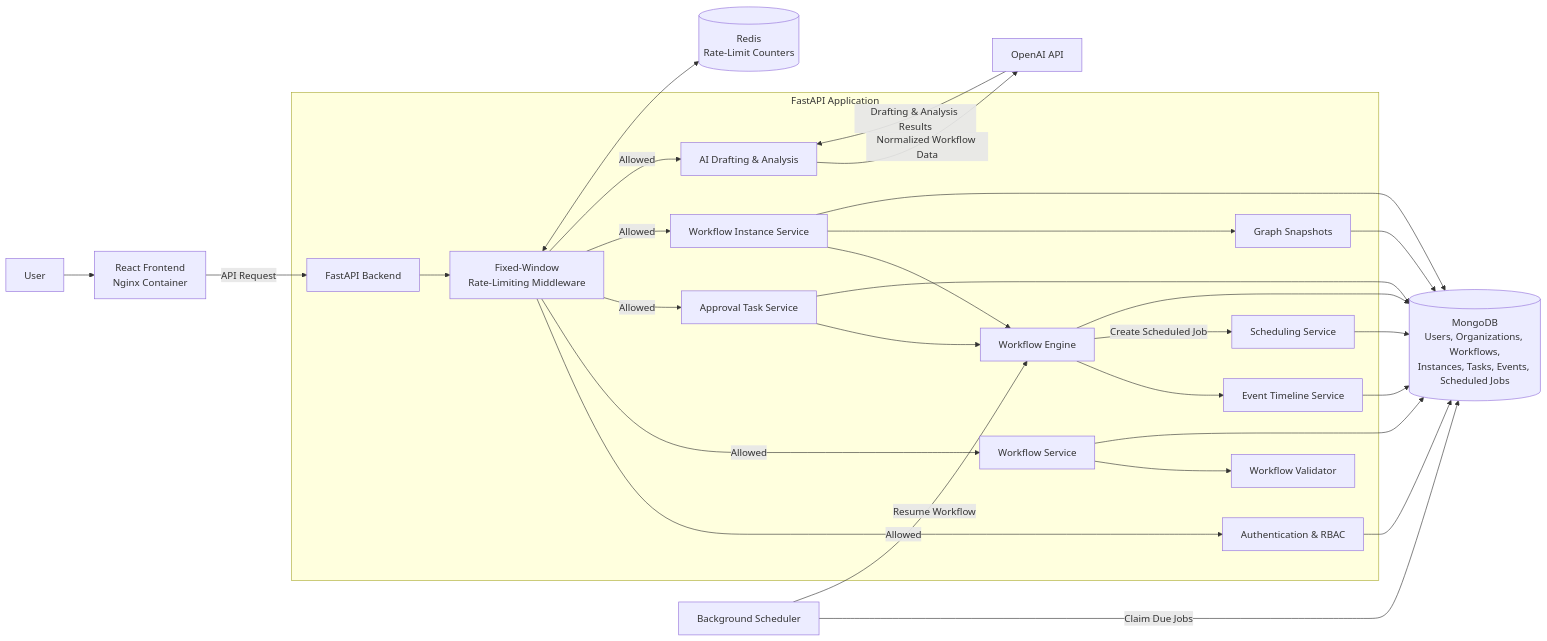
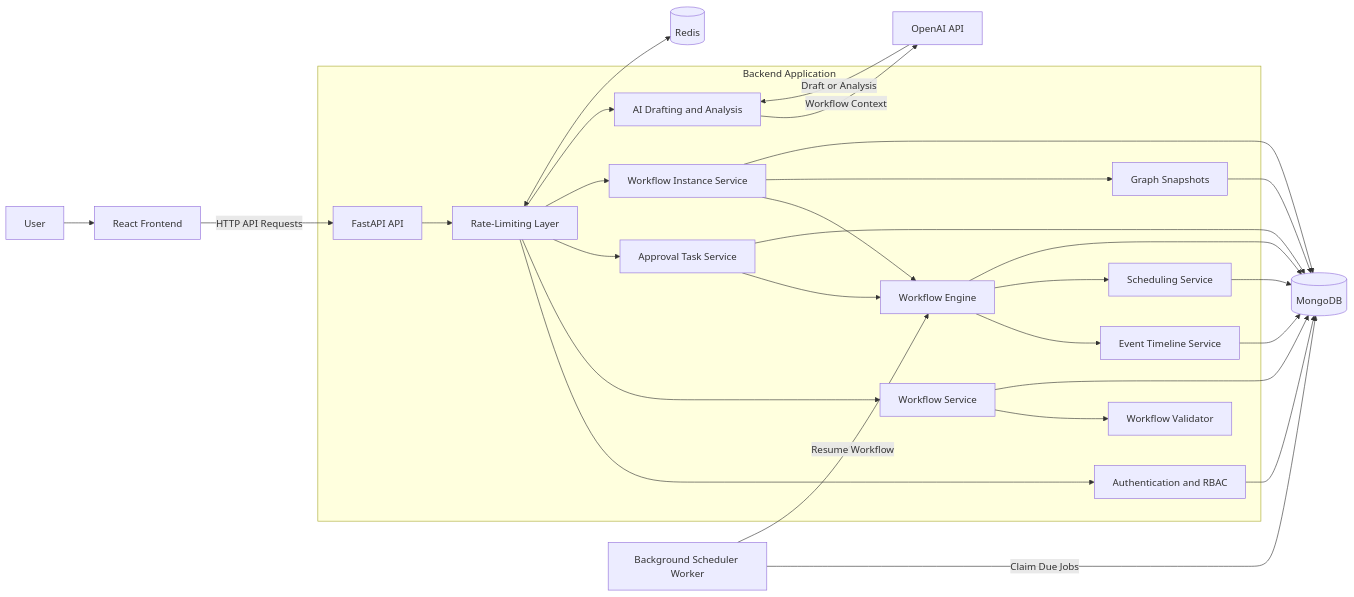
Before and after one commit to ErenKarakus1/AI-Assisted-Workflow-Builder: the diagram in README.md, drawn with Mermaid. The commit also changed other lines of this file, not shown here.

````diff
--- a/README.md
+++ b/README.md
@@ -117,44 +176,40 @@
 ```mermaid
 flowchart LR
-    User[User] --> Frontend[React Frontend<br/>Nginx Container]
-    Frontend -->|API Request| API[FastAPI Backend]
+    User[User] --> Frontend[React Frontend]
+    Frontend -->|HTTP API Requests| API[FastAPI API]
 
-    subgraph Application[FastAPI Application]
-        API --> RateLimit[Fixed-Window<br/>Rate-Limiting Middleware]
-
-        RateLimit -->|Allowed| Auth[Authentication & RBAC]
-        RateLimit -->|Allowed| Workflows[Workflow Service]
-        RateLimit -->|Allowed| Tasks[Approval Task Service]
-        RateLimit -->|Allowed| Instances[Workflow Instance Service]
-        RateLimit -->|Allowed| AIService[AI Drafting & Analysis]
+    subgraph Backend[Backend Application]
+        API --> RateLimit[Rate-Limiting Layer]
+        RateLimit --> Auth[Authentication and RBAC]
+        RateLimit --> Workflows[Workflow Service]
+        RateLimit --> Tasks[Approval Task Service]
+        RateLimit --> Instances[Workflow Instance Service]
+        RateLimit --> AIService[AI Drafting and Analysis]
 
         Workflows --> Validator[Workflow Validator]
-
         Instances --> Engine[Workflow Engine]
         Tasks --> Engine
         Instances --> Snapshots[Graph Snapshots]
 
         Engine --> Events[Event Timeline Service]
-        Engine -->|Create Scheduled Job| Scheduling[Scheduling Service]
+        Engine --> Scheduling[Scheduling Service]
     end
 
-    RateLimit <--> Redis[(Redis<br/>Rate-Limit Counters)]
+    RateLimit <--> Redis[(Redis)]
 
-    Mongo[(MongoDB<br/>Users, Organizations, Workflows,<br/>Instances, Tasks, Events, Scheduled Jobs)]
-
-    Auth --> Mongo
+    Auth --> Mongo[(MongoDB)]
     Workflows --> Mongo
     Tasks --> Mongo
     Instances --> Mongo
     Snapshots --> Mongo
     Engine --> Mongo
     Events --> Mongo
     Scheduling --> Mongo
 
-    Background[Background Scheduler]
-    Background -->|Claim Due Jobs| Mongo
-    Background -->|Resume Workflow| Engine
+    Worker[Background Scheduler Worker]
+    Worker -->|Claim Due Jobs| Mongo
+    Worker -->|Resume Workflow| Engine
 
-    AIService -->|Normalized Workflow Data| OpenAI[OpenAI API]
-    OpenAI -->|Drafting & Analysis Results| AIService
+    AIService -->|Workflow Context| OpenAI[OpenAI API]
+    OpenAI -->|Draft or Analysis| AIService
 ```
````
